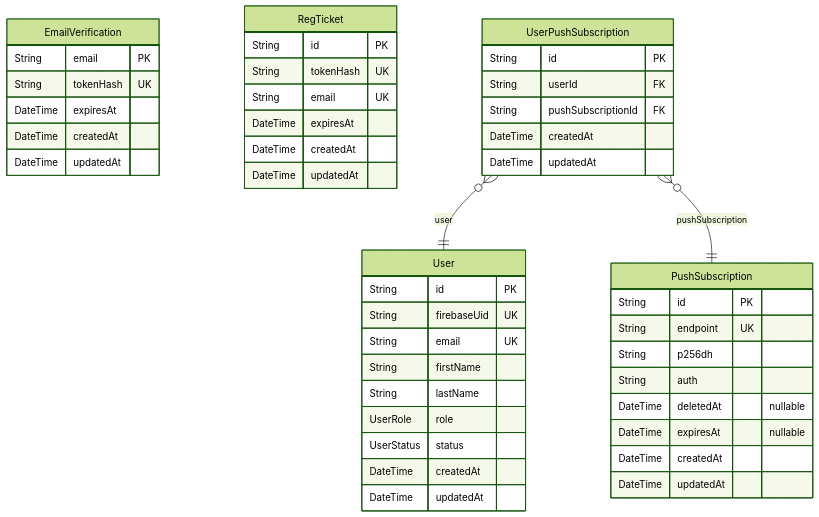
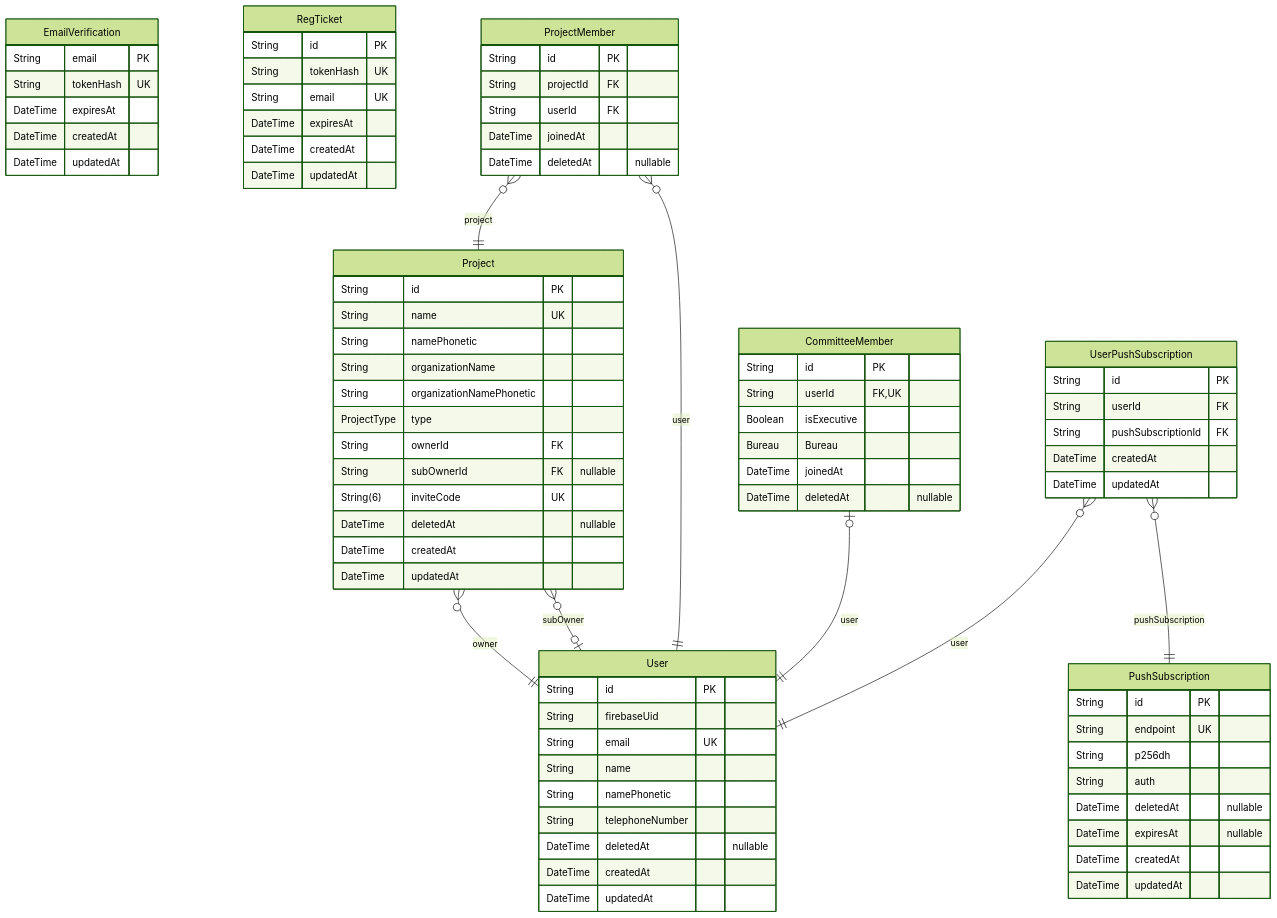
One commit to sohosai/sos26 changed the diagram in apps/api/prisma/ERD.md. Above: the diagram before and after it, drawn with Mermaid (forest theme). The commit also changed other lines of this file and 2 other files, not shown here.

Commit message:
project, committee関係のモデル追加、userモデルの変更

````diff
--- a/apps/api/prisma/ERD.md
+++ b/apps/api/prisma/ERD.md
@@ -9,48 +9,82 @@
 ```mermaid
 erDiagram
 "EmailVerification" {
   String email PK
   String tokenHash UK
   DateTime expiresAt
   DateTime createdAt
   DateTime updatedAt
 }
 "RegTicket" {
   String id PK
   String tokenHash UK
   String email UK
   DateTime expiresAt
   DateTime createdAt
   DateTime updatedAt
 }
 "User" {
   String id PK
-  String firebaseUid UK
+  String firebaseUid
   String email UK
-  String firstName
-  String lastName
-  UserRole role
-  UserStatus status
+  String name
+  String namePhonetic
+  String telephoneNumber
+  DateTime deletedAt "nullable"
   DateTime createdAt
   DateTime updatedAt
+}
+"Project" {
+  String id PK
+  String name UK
+  String namePhonetic
+  String organizationName
+  String organizationNamePhonetic
+  ProjectType type
+  String ownerId FK
+  String subOwnerId FK "nullable"
+  String(6) inviteCode UK
+  DateTime deletedAt "nullable"
+  DateTime createdAt
+  DateTime updatedAt
+}
+"ProjectMember" {
+  String id PK
+  String projectId FK
+  String userId FK
+  DateTime joinedAt
+  DateTime deletedAt "nullable"
+}
+"CommitteeMember" {
+  String id PK
+  String userId FK,UK
+  Boolean isExecutive
+  Bureau Bureau
+  DateTime joinedAt
+  DateTime deletedAt "nullable"
 }
 "PushSubscription" {
   String id PK
   String endpoint UK
   String p256dh
   String auth
   DateTime deletedAt "nullable"
   DateTime expiresAt "nullable"
   DateTime createdAt
   DateTime updatedAt
 }
 "UserPushSubscription" {
   String id PK
   String userId FK
   String pushSubscriptionId FK
   DateTime createdAt
   DateTime updatedAt
 }
+"Project" }o--|| "User" : owner
+"Project" }o--o| "User" : subOwner
+"ProjectMember" }o--|| "Project" : project
+"ProjectMember" }o--|| "User" : user
+"CommitteeMember" |o--|| "User" : user
 "UserPushSubscription" }o--|| "User" : user
 "UserPushSubscription" }o--|| "PushSubscription" : pushSubscription
 ```
````
